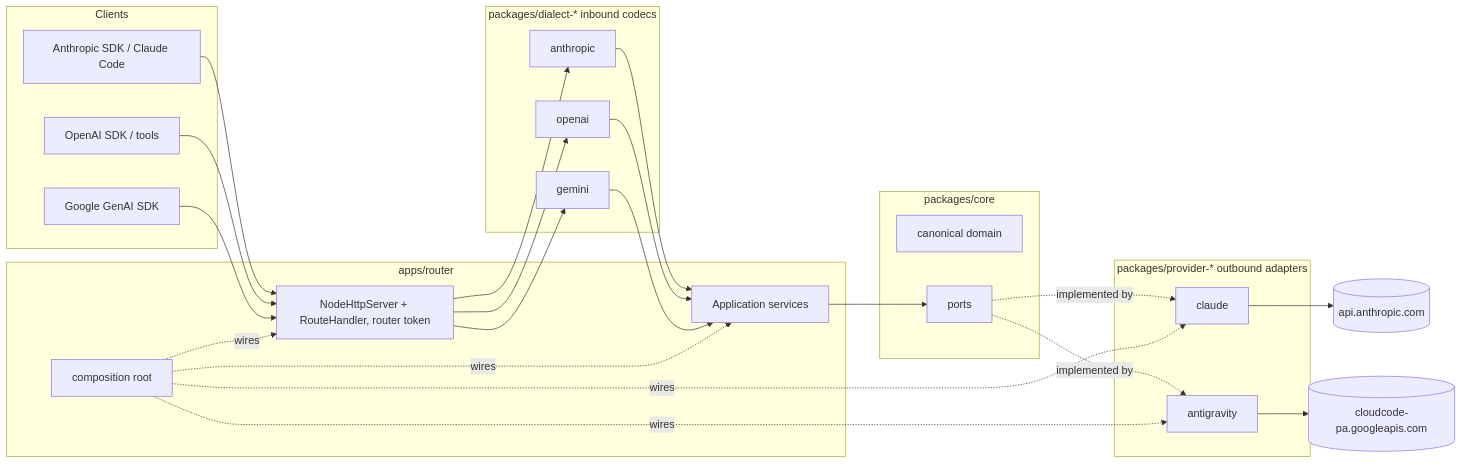
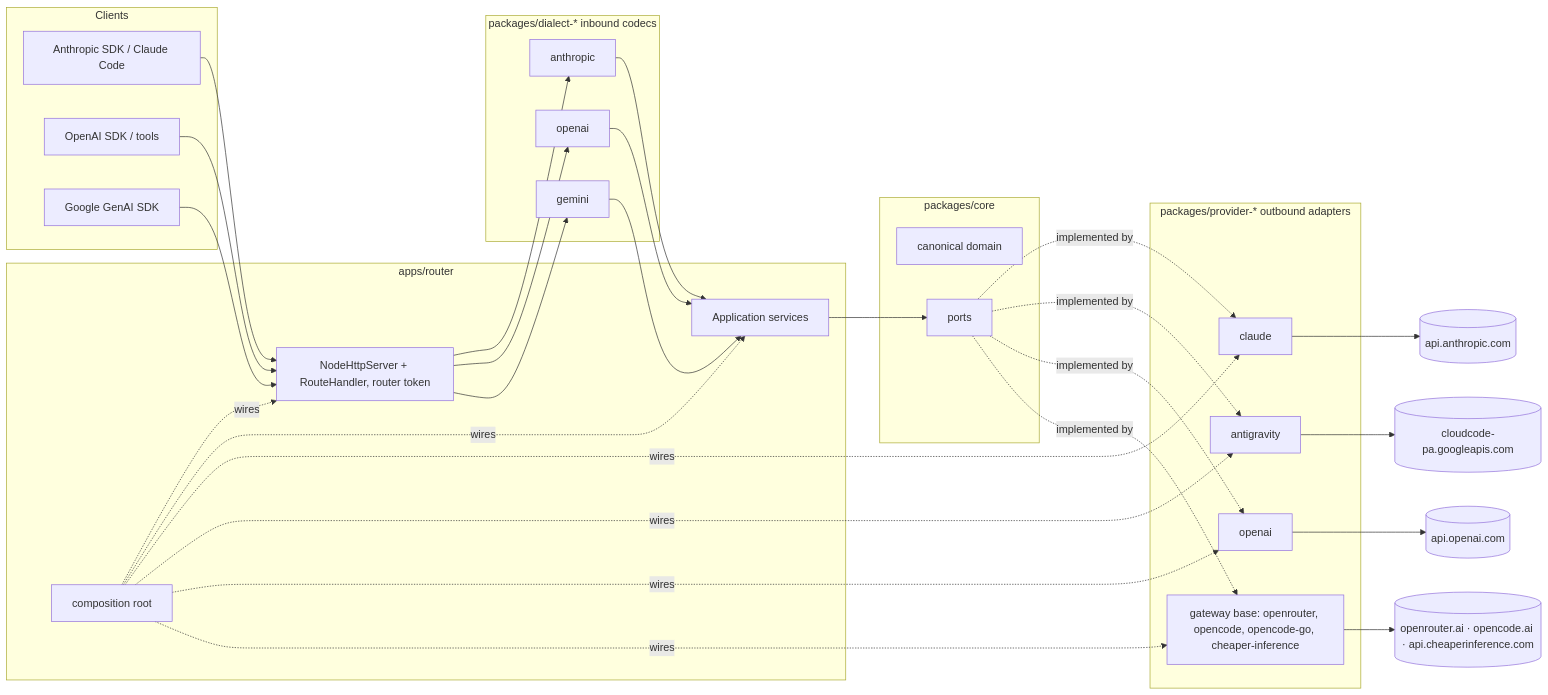
One commit to mavasbel-devtools/accounts-proxy changed the diagram in README.md. Above: the diagram before and after it, drawn with Mermaid. The commit also changed other lines of this file and 116 other files, not shown here.

First line of the commit message:
P4.6: API-key gateways (openrouter, opencode, opencode-go, cheaper-inference)

````diff
--- a/README.md
+++ b/README.md
@@ -134,35 +157,39 @@
 ```mermaid
 flowchart LR
   subgraph Clients
     A[Anthropic SDK / Claude Code]
     O[OpenAI SDK / tools]
     G[Google GenAI SDK]
   end
   subgraph apps/router
     H[NodeHttpServer + RouteHandler, router token]
     S[Application services]
     C[composition root]
   end
   subgraph dialects[packages/dialect-*  inbound codecs]
     DA[anthropic]
     DO[openai]
     DG[gemini]
   end
   subgraph core[packages/core]
     D[canonical domain]
     P[ports]
   end
   subgraph providers[packages/provider-*  outbound adapters]
     PC[claude]
     PA[antigravity]
+    PO[openai]
+    PG[gateway base: openrouter, opencode, opencode-go, cheaper-inference]
   end
   A --> H
   O --> H
   G --> H
   H --> DA & DO & DG --> S
   S --> P
-  P -.implemented by.-> PC & PA
+  P -.implemented by.-> PC & PA & PO & PG
   PC --> X[(api.anthropic.com)]
   PA --> Y[(cloudcode-pa.googleapis.com)]
-  C -.wires.-> H & S & PC & PA
+  PO --> Z[(api.openai.com)]
+  PG --> W[(openrouter.ai · opencode.ai · api.cheaperinference.com)]
+  C -.wires.-> H & S & PC & PA & PO & PG
 ```
````
